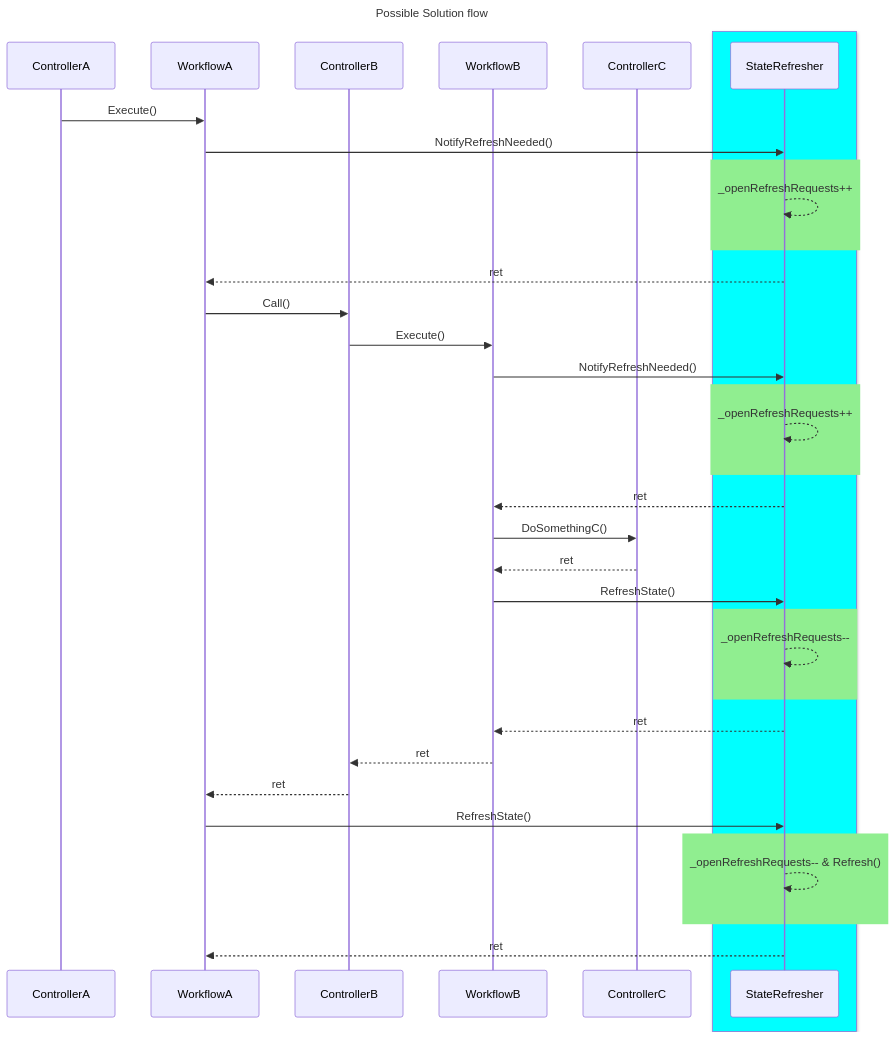
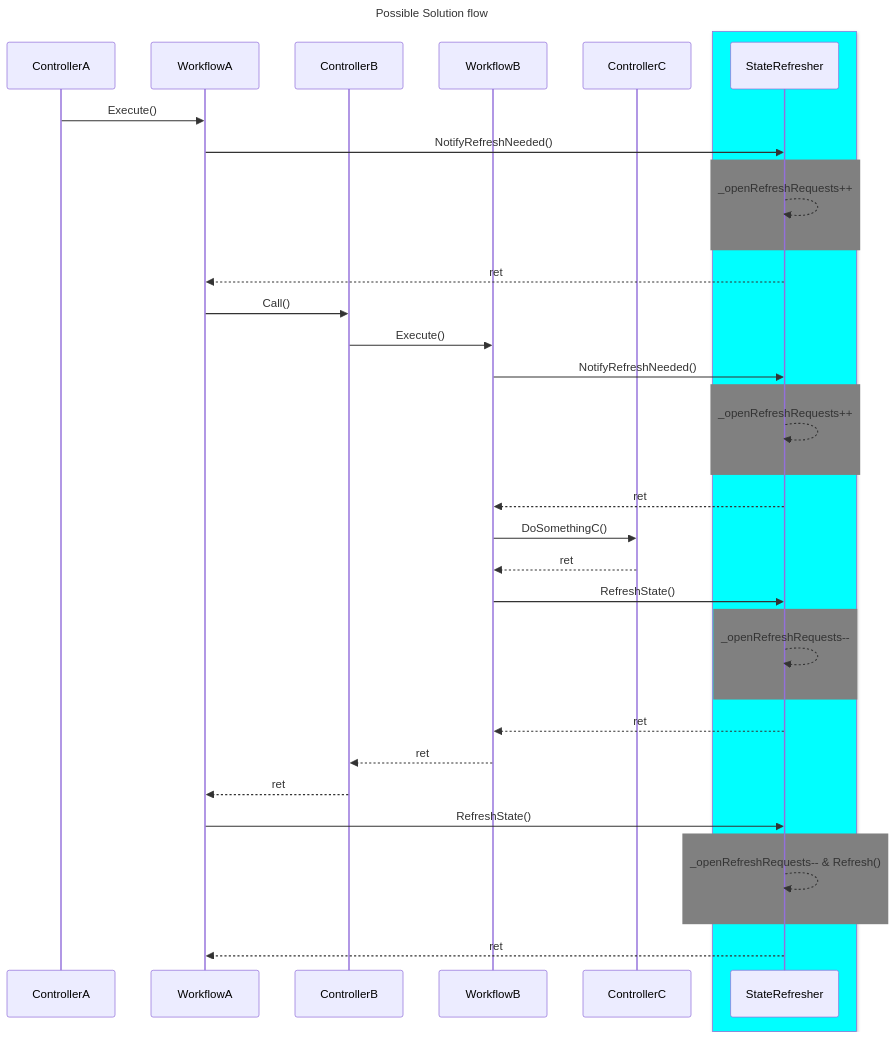
The second of 2 diagrams in README.md (aviram-shubeili/refresh-only-once), drawn with Mermaid before and after one commit.

````diff
--- a/README.md
+++ b/README.md
@@ -53,45 +53,45 @@
 ```mermaid
 ---
 title: Possible Solution flow
 ---
 sequenceDiagram
 
 	participant ControllerA
 participant WorkflowA
 participant ControllerB
 participant WorkflowB
 participant ControllerC
 box Aqua
 participant StateRefresher
 end
 
 	ControllerA ->> WorkflowA : Execute()
 	WorkflowA ->> StateRefresher : NotifyRefreshNeeded()
-	rect lightgreen
+	rect gray
 	StateRefresher -->> StateRefresher : _openRefreshRequests++;
 	end
 	StateRefresher -->> WorkflowA : ret
 	WorkflowA ->> ControllerB : Call()
 	ControllerB ->> WorkflowB : Execute()
 	WorkflowB ->> StateRefresher : NotifyRefreshNeeded()
-	rect lightgreen
+	rect gray
 	StateRefresher -->> StateRefresher : _openRefreshRequests++;
 	end
 	StateRefresher -->> WorkflowB : ret
 	WorkflowB ->> ControllerC : DoSomethingC()
 	ControllerC -->> WorkflowB : ret
 	WorkflowB ->> StateRefresher : RefreshState()
-	rect lightgreen
+	rect gray
 	StateRefresher -->> StateRefresher : _openRefreshRequests--;
 	end
 	StateRefresher -->> WorkflowB : ret
 	WorkflowB -->> ControllerB : ret
 	ControllerB -->> WorkflowA : ret
 	WorkflowA ->> StateRefresher : RefreshState()
-		rect lightgreen
+		rect gray
 	StateRefresher -->> StateRefresher : _openRefreshRequests-- & Refresh();
 	end
 	StateRefresher -->> WorkflowA : ret
 
 
 ```
````
